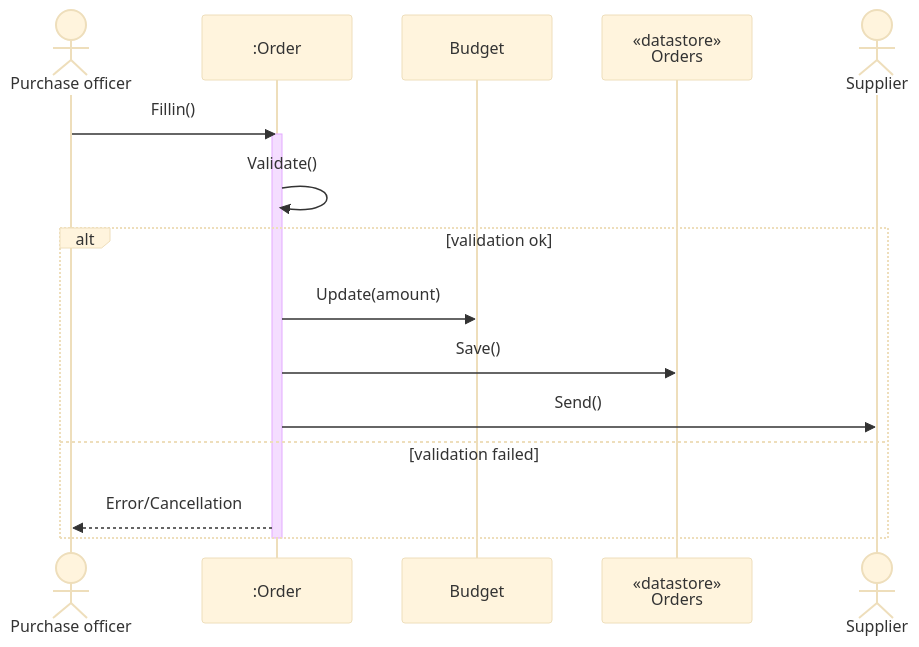
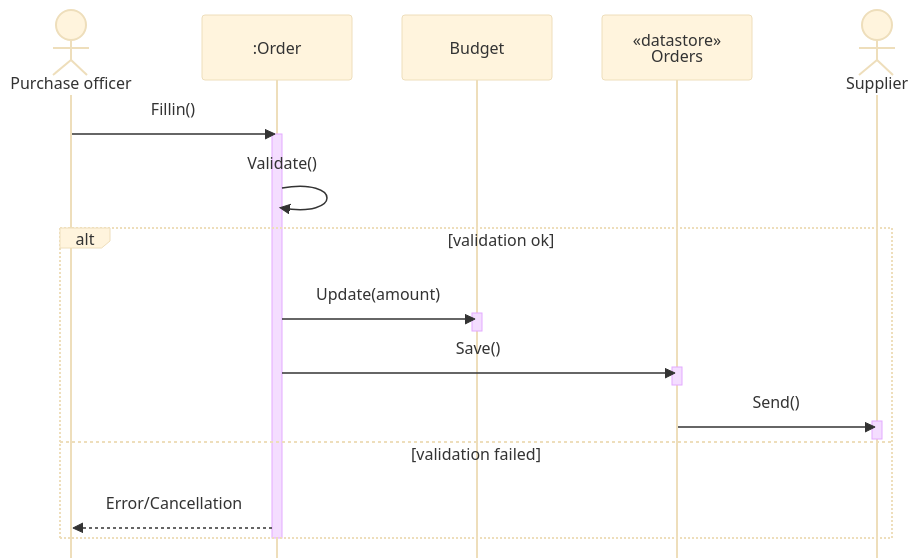
The second of 4 diagrams in docs/mca/se/unit_21/5_behavioral_models_mde.md (sujith-eag/sujith-library), drawn with Mermaid (base theme) before and after one commit. The commit also changed other lines of this file and 12 other files, not shown here.

````diff
--- a/docs/mca/se/unit_21/5_behavioral_models_mde.md
+++ b/docs/mca/se/unit_21/5_behavioral_models_mde.md
@@ -77,22 +81,29 @@
 ```mermaid
+%%{init: { "sequence": { "mirrorActors": false } } }%%
 sequenceDiagram
     actor PO as Purchase officer
     participant Order as :Order
     participant Budget as Budget
     participant Orders as «datastore»<br>Orders
     actor Supplier as Supplier
 
     PO->>Order: Fillin()
     activate Order
 
     Order->>Order: Validate()
 
     alt validation ok
         Order->>Budget: Update(amount)
+        activate Budget
+        deactivate Budget
         Order->>Orders: Save()
-        Order->>Supplier: Send()
+        activate Orders
+        deactivate Orders
+        Orders->>Supplier: Send()
+        activate Supplier
+        deactivate Supplier
     else validation failed
         Order-->>PO: Error/Cancellation
     end
     deactivate Order
 ```
````
